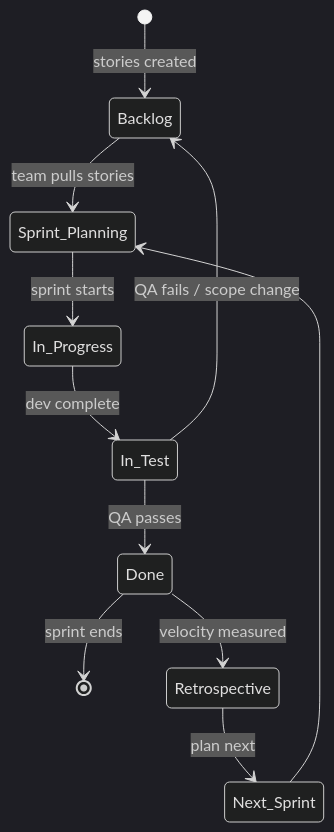
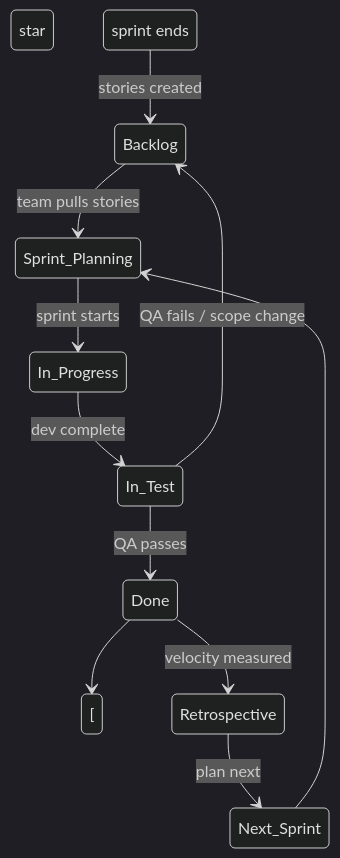
The fifth of 6 diagrams in docs/modules/other/other-guide.md (eltonaguiar/ServiceNow_Learning_TSOM-_CSM_FSM_SalesCRM_HAM_ITSM), drawn with Mermaid (dark theme) before and after one commit. The commit also changed other lines of this file and 19 other files, not shown here.

Commit message:
Fix all Mermaid diagram special characters - replace dollar, parens, slashes, quotes, pipes, nested brackets and other unsafe chars inside brackets with safe alternatives across 19 files

````diff
--- a/docs/modules/other/other-guide.md
+++ b/docs/modules/other/other-guide.md
@@ -1389,13 +1389,13 @@
 ```mermaid
 stateDiagram-v2
-    [*] --> Backlog : stories created
+    [ star ] --> Backlog : stories created
     Backlog --> Sprint_Planning : team pulls stories
     Sprint_Planning --> In_Progress : sprint starts
     In_Progress --> In_Test : dev complete
     In_Test --> Done : QA passes
     In_Test --> Backlog : QA fails / scope change
-    Done --> [*] : sprint ends
+    Done --> [ star ] : sprint ends
     Done --> Retrospective : velocity measured
     Retrospective --> Next_Sprint : plan next
     Next_Sprint --> Sprint_Planning
 ```
````
